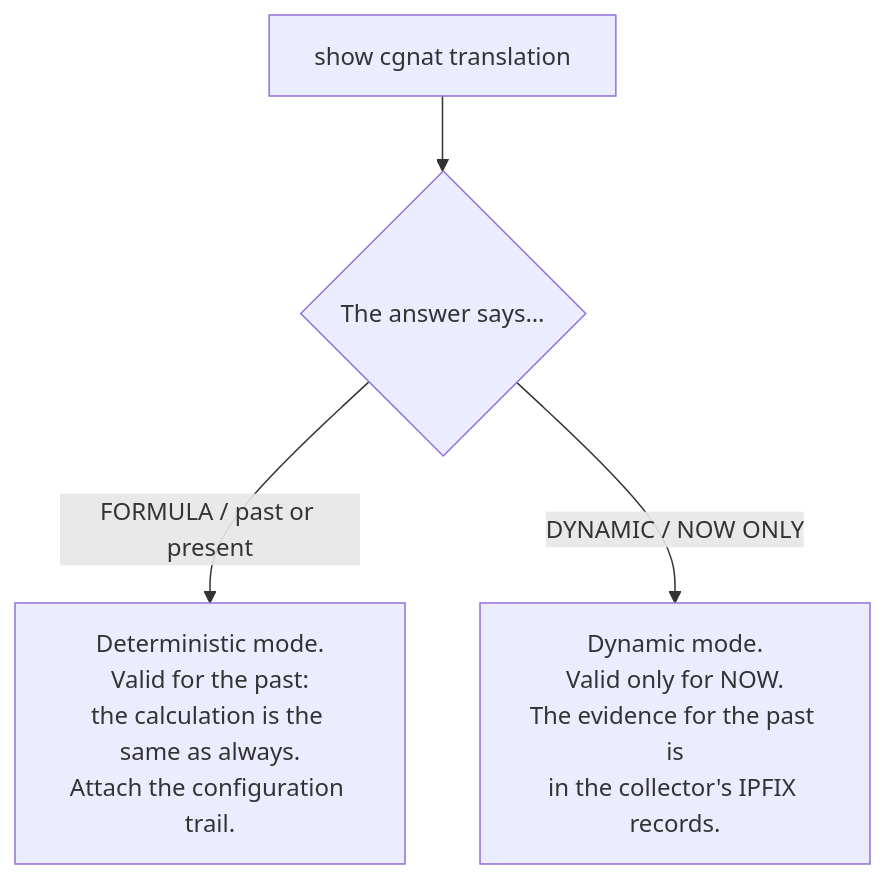
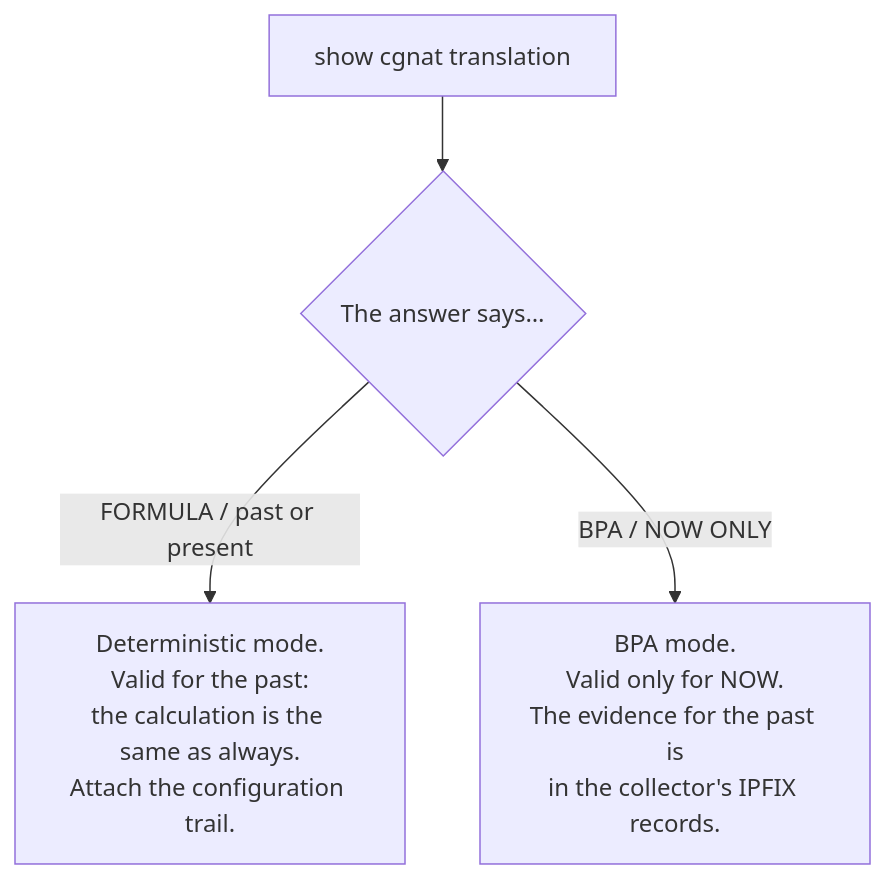
One commit to andrediashexa/prismarouting changed the first of 2 diagrams in wiki/operate/day-to-day-recipes.md. Above: the diagram before and after it, drawn with Mermaid. The commit also changed other lines of this file and 13 other files, not shown here.

First line of the commit message:
show cgnat translation says BPA for an on-demand block, not DYNAMIC (#619)

````diff
--- a/wiki/operate/day-to-day-recipes.md
+++ b/wiki/operate/day-to-day-recipes.md
@@ -15,6 +15,6 @@
 ```mermaid
 flowchart TD
     T["show cgnat translation"] --> Q{"The answer says…"}
     Q -->|"FORMULA / past or present"| A["Deterministic mode.<br/>Valid for the past:<br/>the calculation is the same as always.<br/>Attach the configuration trail."]
-    Q -->|"DYNAMIC / NOW ONLY"| B["Dynamic mode.<br/>Valid only for NOW.<br/>The evidence for the past is<br/>in the collector's IPFIX records."]
+    Q -->|"BPA / NOW ONLY"| B["BPA mode.<br/>Valid only for NOW.<br/>The evidence for the past is<br/>in the collector's IPFIX records."]
 ```
````
